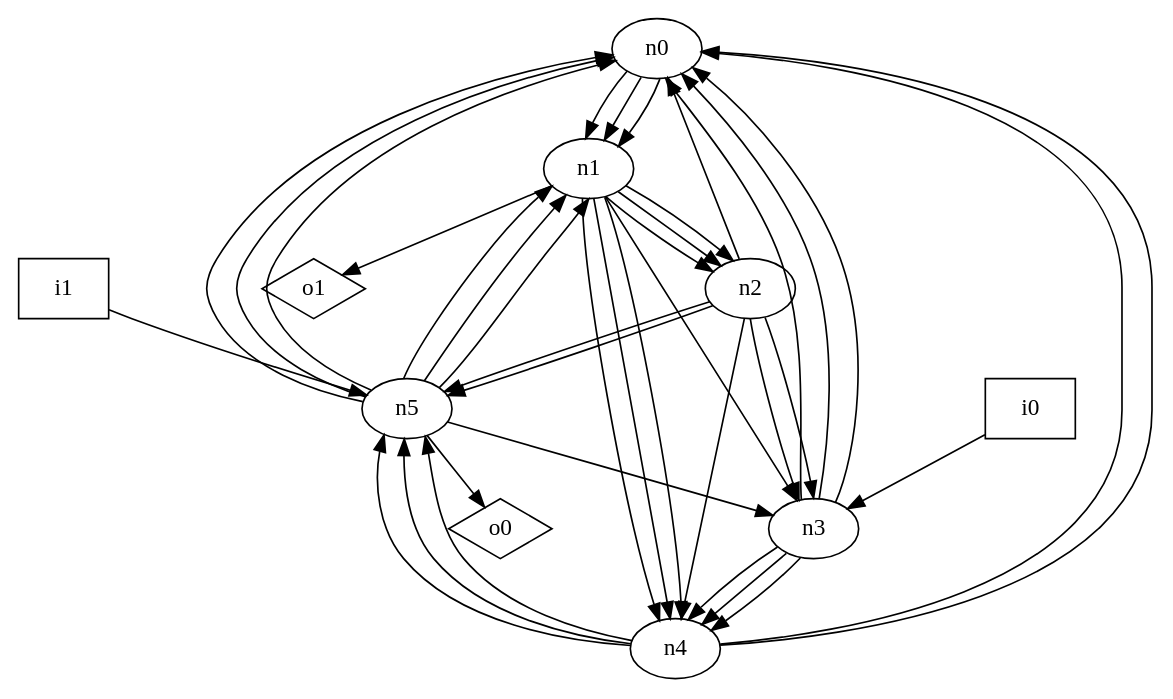
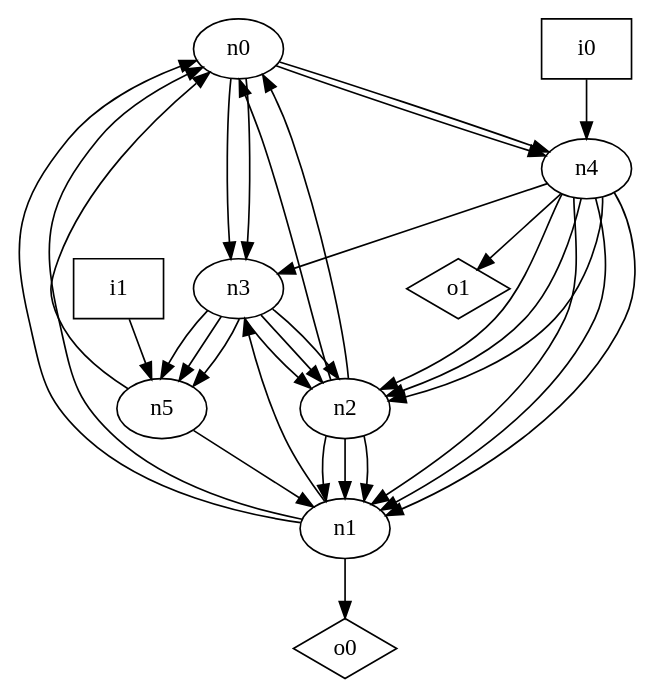
Before and after one commit to p9romain/bool-circuits: the diagram in dot_files/random/random_oriented_loop_free_graph.dot, drawn with Graphviz. The commit also changed 25 other files, not shown here.

Commit message:
Finish (except random graph)

```diff
--- a/dot_files/random/random_oriented_loop_free_graph.dot
+++ b/dot_files/random/random_oriented_loop_free_graph.dot
@@ -1,50 +1,43 @@
 digraph G {
 n0 [label="n0"];
 n1 [label="n1"];
 n2 [label="n2"];
 n3 [label="n3"];
 n4 [label="n4"];
 n5 [label="n5"];
 n6 [label="i0",shape="box"];
 n7 [label="i1",shape="box"];
 n8 [label="o0",shape="diamond"];
 n9 [label="o1",shape="diamond"];
-n0 -> n1
-n0 -> n1
-n0 -> n1
-n1 -> n2
-n1 -> n2
-n1 -> n2
+n0 -> n3
+n0 -> n3
+n0 -> n4
+n0 -> n4
+n1 -> n0
+n1 -> n0
 n1 -> n3
-n1 -> n4
-n1 -> n4
-n1 -> n4
-n1 -> n9
+n1 -> n8
 n2 -> n0
-n2 -> n3
-n2 -> n3
-n2 -> n4
-n2 -> n5
-n2 -> n5
-n3 -> n0
-n3 -> n0
-n3 -> n0
-n3 -> n4
-n3 -> n4
-n3 -> n4
-n4 -> n0
-n4 -> n0
-n4 -> n5
-n4 -> n5
-n4 -> n5
-n5 -> n0
-n5 -> n0
+n2 -> n0
+n2 -> n1
+n2 -> n1
+n2 -> n1
+n3 -> n2
+n3 -> n2
+n3 -> n2
+n3 -> n5
+n3 -> n5
+n3 -> n5
+n4 -> n1
+n4 -> n1
+n4 -> n1
+n4 -> n2
+n4 -> n2
+n4 -> n2
+n4 -> n3
+n4 -> n9
 n5 -> n0
 n5 -> n1
-n5 -> n1
-n5 -> n1
-n5 -> n3
-n5 -> n8
-n6 -> n3
+n6 -> n4
 n7 -> n5
 }
```
